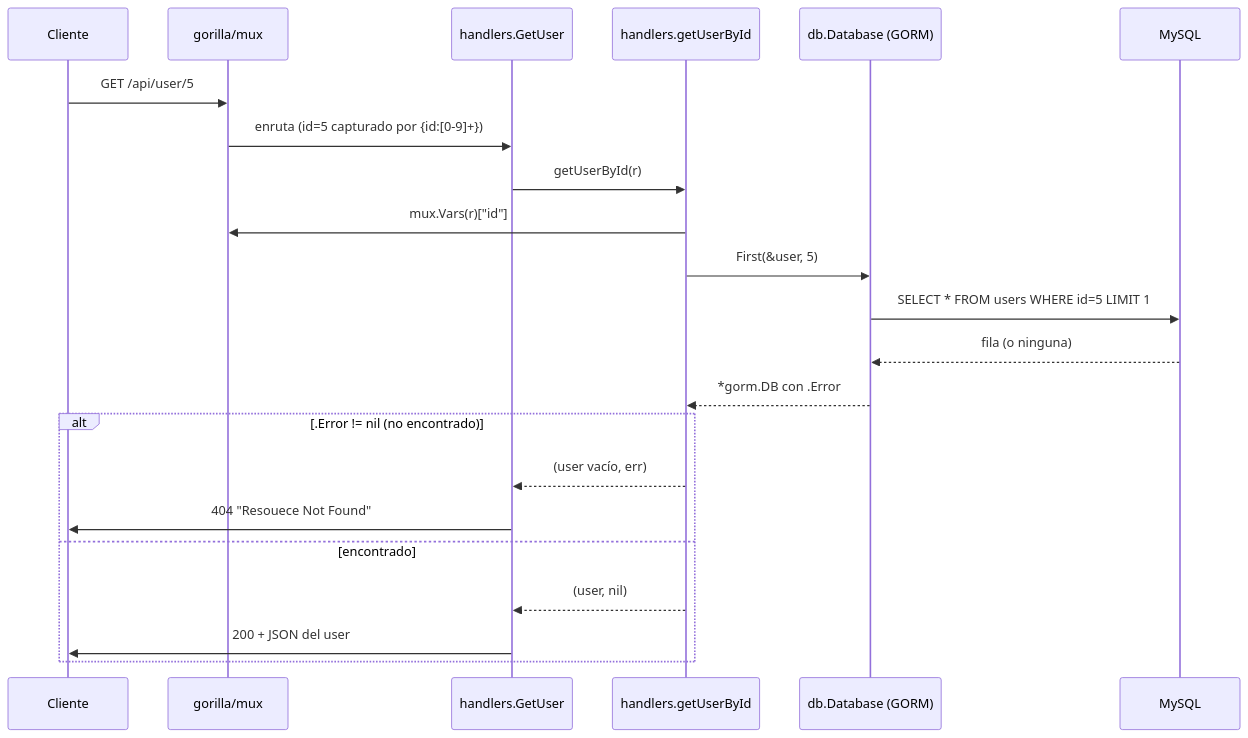
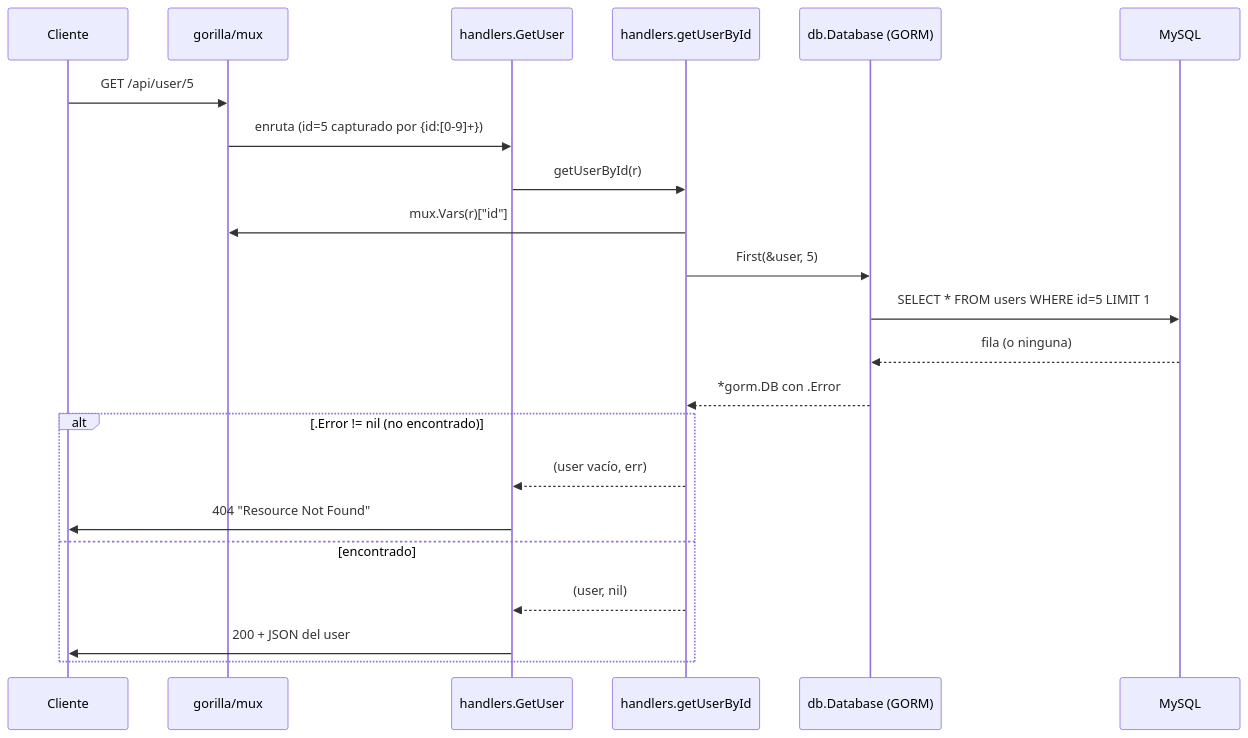
Before and after one commit to hahuaranga/ejercicios-goweb: the second of 3 diagrams in 06-api-rest-orm/docs/GUIA_DESARROLLO.md, drawn with Mermaid. The commit also changed other lines of this file, not shown here.

````diff
--- a/06-api-rest-orm/docs/GUIA_DESARROLLO.md
+++ b/06-api-rest-orm/docs/GUIA_DESARROLLO.md
@@ -89,25 +89,25 @@
 ```mermaid
 sequenceDiagram
     participant Cli as Cliente
     participant Mux as gorilla/mux
     participant H as handlers.GetUser
     participant Aux as handlers.getUserById
     participant G as db.Database (GORM)
     participant DB as MySQL
 
     Cli->>Mux: GET /api/user/5
     Mux->>H: enruta (id=5 capturado por {id:[0-9]+})
     H->>Aux: getUserById(r)
     Aux->>Mux: mux.Vars(r)["id"]
     Aux->>G: First(&user, 5)
     G->>DB: SELECT * FROM users WHERE id=5 LIMIT 1
     DB-->>G: fila (o ninguna)
     G-->>Aux: *gorm.DB con .Error
     alt .Error != nil (no encontrado)
         Aux-->>H: (user vacío, err)
-        H->>Cli: 404 "Resouece Not Found"
+        H->>Cli: 404 "Resource Not Found"
     else encontrado
         Aux-->>H: (user, nil)
         H->>Cli: 200 + JSON del user
     end
 ```
````
